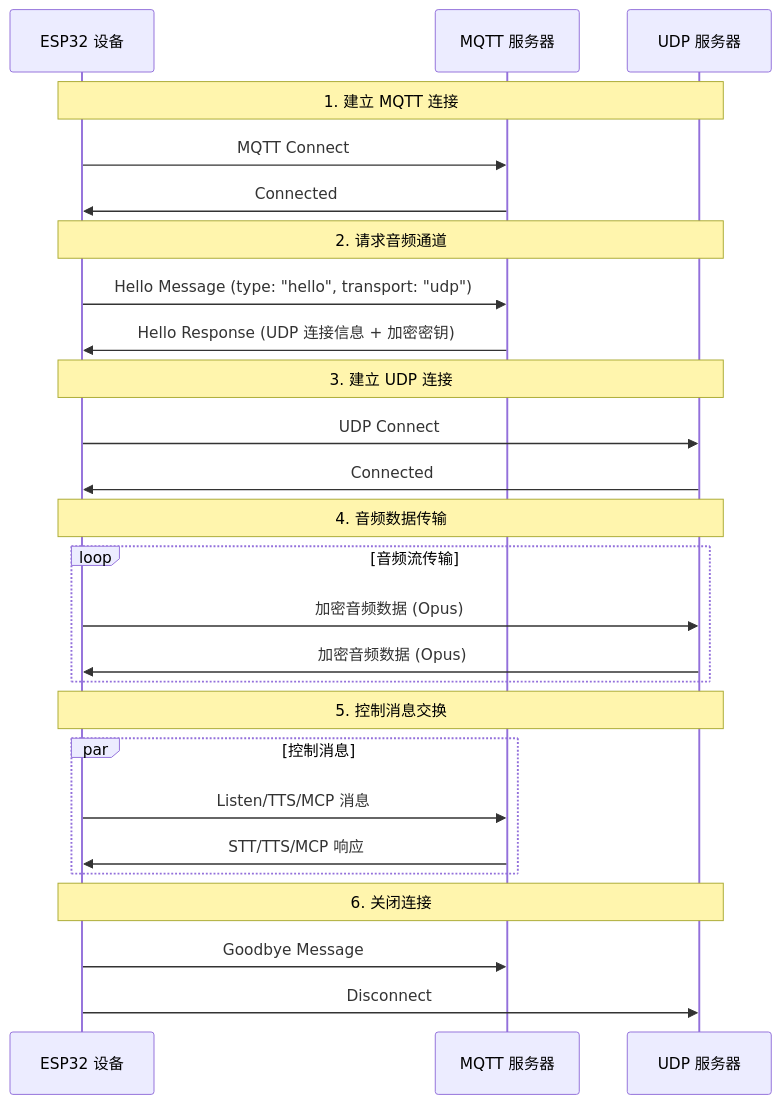
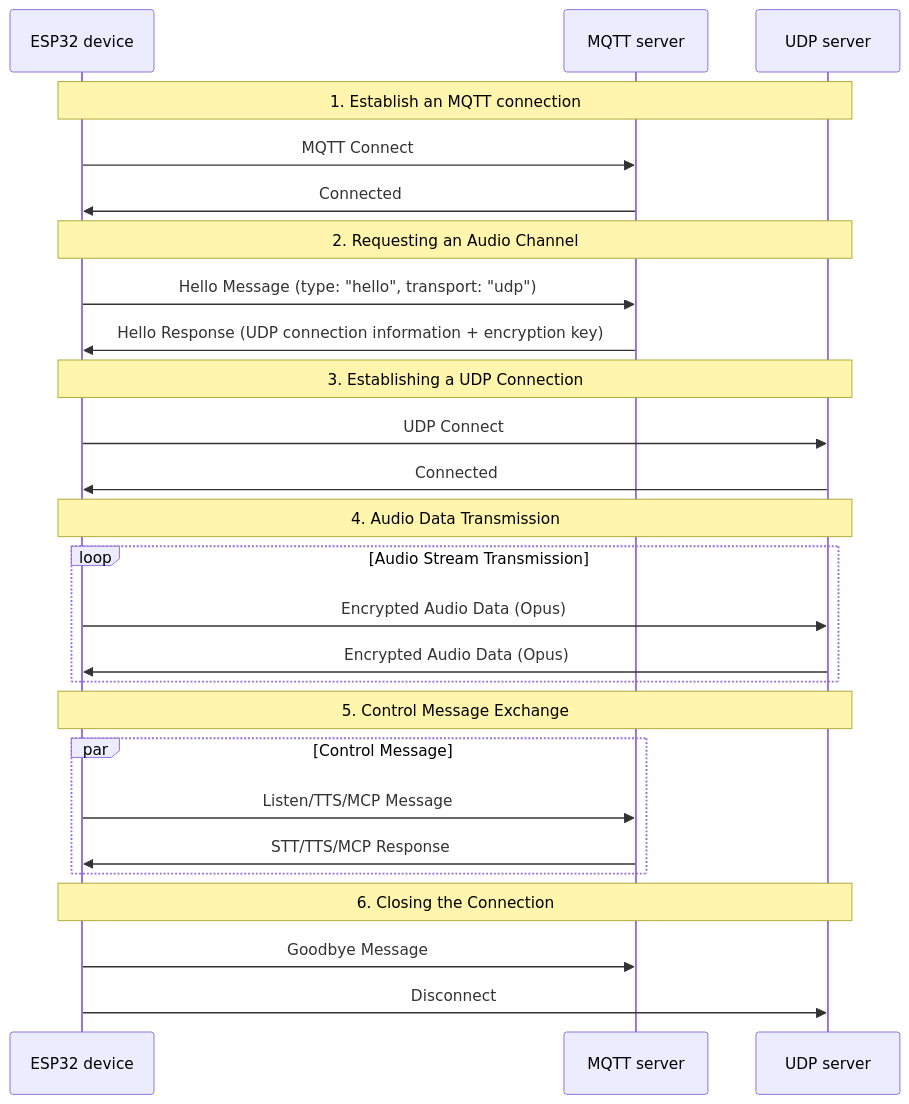
Before and after one commit to 78/xiaozhi-esp32: the first of 2 diagrams in docs/mqtt-udp.md, drawn with Mermaid. The commit also changed other lines of this file, not shown here.

````diff
--- a/docs/mqtt-udp.md
+++ b/docs/mqtt-udp.md
@@ -24,34 +24,34 @@
 ```mermaid
 sequenceDiagram
-    participant Device as ESP32 设备
-    participant MQTT as MQTT 服务器
-    participant UDP as UDP 服务器
+participant Device as ESP32 device
+participant MQTT as MQTT server
+participant UDP as UDP server
 
-    Note over Device, UDP: 1. 建立 MQTT 连接
-    Device->>MQTT: MQTT Connect
-    MQTT->>Device: Connected
+Note over Device, UDP: 1. Establish an MQTT connection
+Device->>MQTT: MQTT Connect
+MQTT->>Device: Connected
 
-    Note over Device, UDP: 2. 请求音频通道
-    Device->>MQTT: Hello Message (type: "hello", transport: "udp")
-    MQTT->>Device: Hello Response (UDP 连接信息 + 加密密钥)
+Note over Device, UDP: 2. Requesting an Audio Channel
+Device->>MQTT: Hello Message (type: "hello", transport: "udp")
+MQTT->>Device: Hello Response (UDP connection information + encryption key)
 
-    Note over Device, UDP: 3. 建立 UDP 连接
-    Device->>UDP: UDP Connect
-    UDP->>Device: Connected
+Note over Device, UDP: 3. Establishing a UDP Connection
+Device->>UDP: UDP Connect
+UDP->>Device: Connected
 
-    Note over Device, UDP: 4. 音频数据传输
-    loop 音频流传输
-        Device->>UDP: 加密音频数据 (Opus)
-        UDP->>Device: 加密音频数据 (Opus)
-    end
+Note over Device, UDP: 4. Audio Data Transmission
+Loop Audio Stream Transmission
+Device->>UDP: Encrypted Audio Data (Opus)
+UDP->>Device: Encrypted Audio Data (Opus)
+end
 
-    Note over Device, UDP: 5. 控制消息交换
-    par 控制消息
-        Device->>MQTT: Listen/TTS/MCP 消息
-        MQTT->>Device: STT/TTS/MCP 响应
-    end
+Note over Device, UDP: 5. Control Message Exchange
+par Control Message
+Device->>MQTT: Listen/TTS/MCP Message
+MQTT->>Device: STT/TTS/MCP Response
+end
 
-    Note over Device, UDP: 6. 关闭连接
-    Device->>MQTT: Goodbye Message
-    Device->>UDP: Disconnect
+Note over Device, UDP: 6. Closing the Connection
+Device->>MQTT: Goodbye Message
+Device->>UDP: Disconnect
 ```
````
